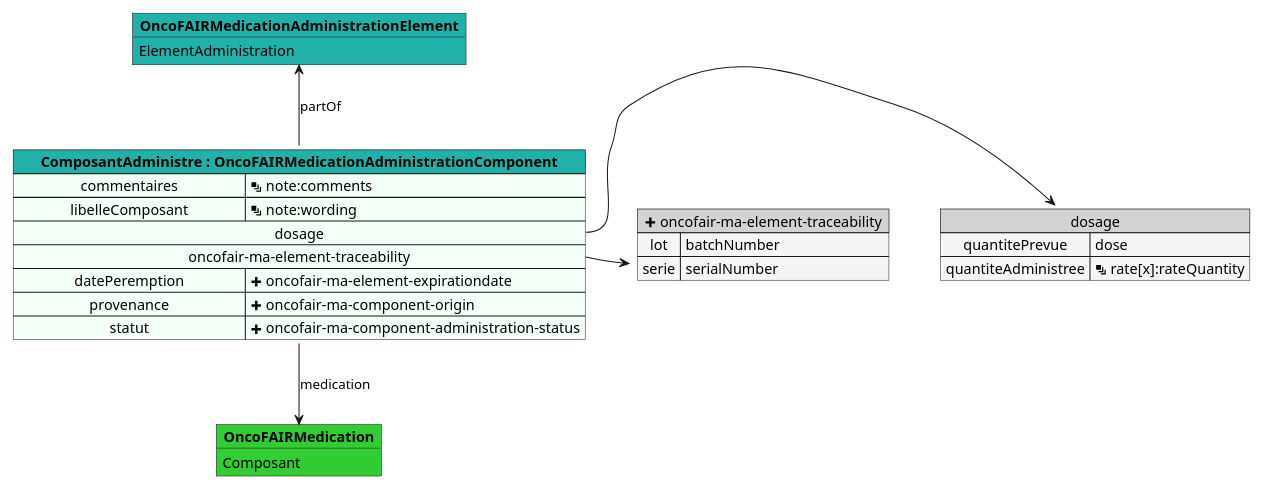
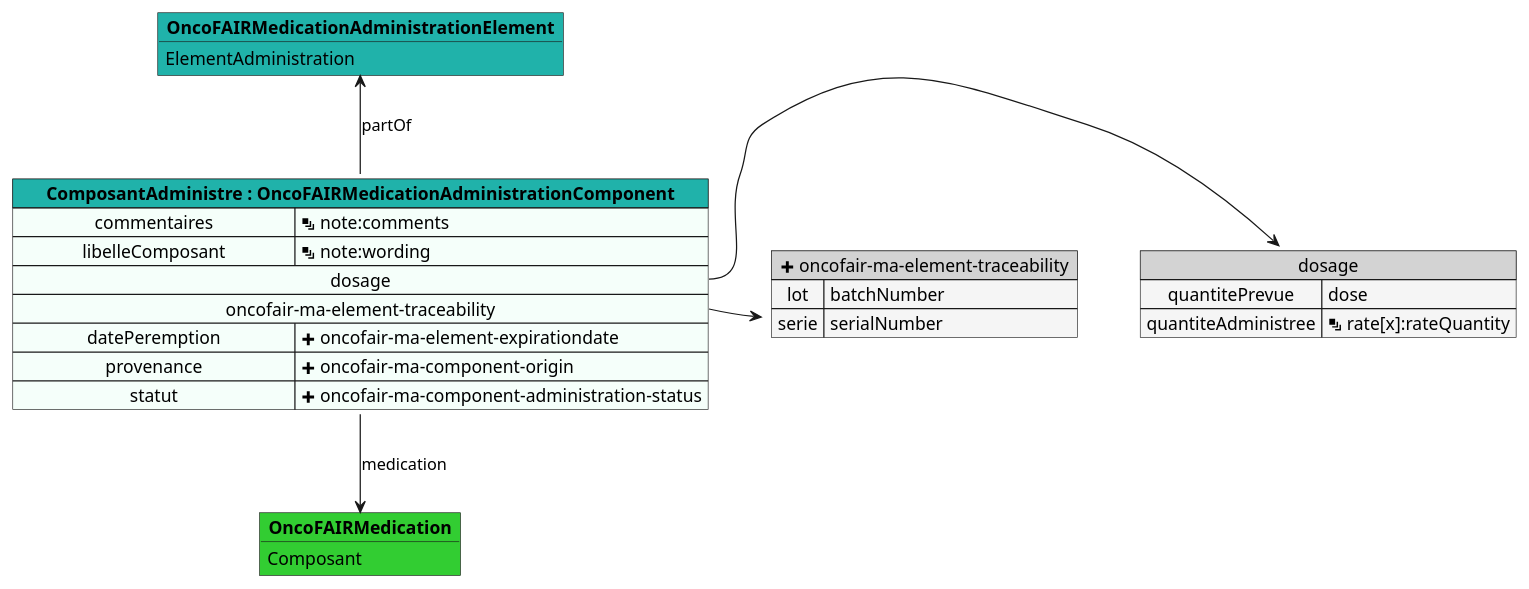
The diagram in input/images-source/OncoFAIRMedicationAdministrationComponent.plantuml (ONCOFAIR/FHIR-ImplementationGuide-Article), drawn with PlantUML before and after one commit. The commit also changed 14 other files, not shown here.

```diff
--- a/input/images-source/OncoFAIRMedicationAdministrationComponent.plantuml
+++ b/input/images-source/OncoFAIRMedicationAdministrationComponent.plantuml
@@ -1,36 +1,35 @@
 @startuml
 
-scale 1000 width
 
 map "dosage" as dosage #back:WhiteSmoke;header:LightGray {
     quantitePrevue => dose
     quantiteAdministree => <&layers> rate[x]:rateQuantity
 }
 
 object "**OncoFAIRMedicationAdministrationElement**" as OncoFAIRMedicationAdministrationElement #LightSeaGreen {
     ElementAdministration
 }
 
 object "**OncoFAIRMedication**" as OncoFAIRMedication #LimeGreen {
     Composant
 }
 
 map "<&plus> oncofair-ma-element-traceability" as oncofairmaelementtraceability #back:WhiteSmoke;header:LightGray {
     lot => batchNumber
     serie => serialNumber
 }
 
 map "**ComposantAdministre : OncoFAIRMedicationAdministrationComponent**" as ComposantAdministre #back:MintCream;header:LightSeaGreen {
     commentaires => <&layers> note:comments
     libelleComposant => <&layers> note:wording
     dosage *-> dosage
     oncofair-ma-element-traceability *-> oncofairmaelementtraceability
     datePeremption => <&plus> oncofair-ma-element-expirationdate
     provenance => <&plus> oncofair-ma-component-origin
     statut => <&plus> oncofair-ma-component-administration-status
 }
 
 ComposantAdministre -u-> OncoFAIRMedicationAdministrationElement : partOf
 ComposantAdministre -d-> OncoFAIRMedication : medication
 
 @enduml
```
